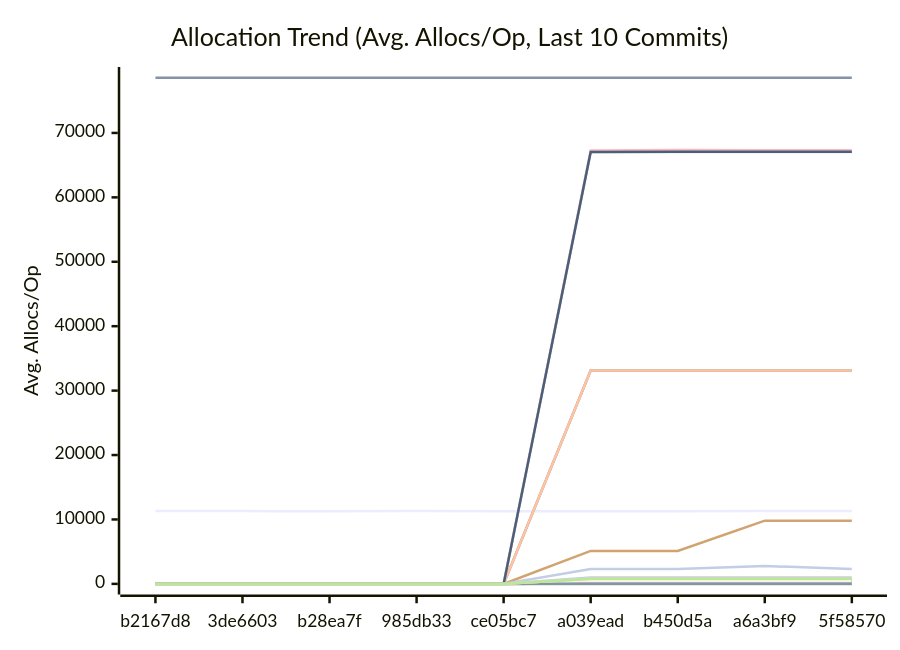
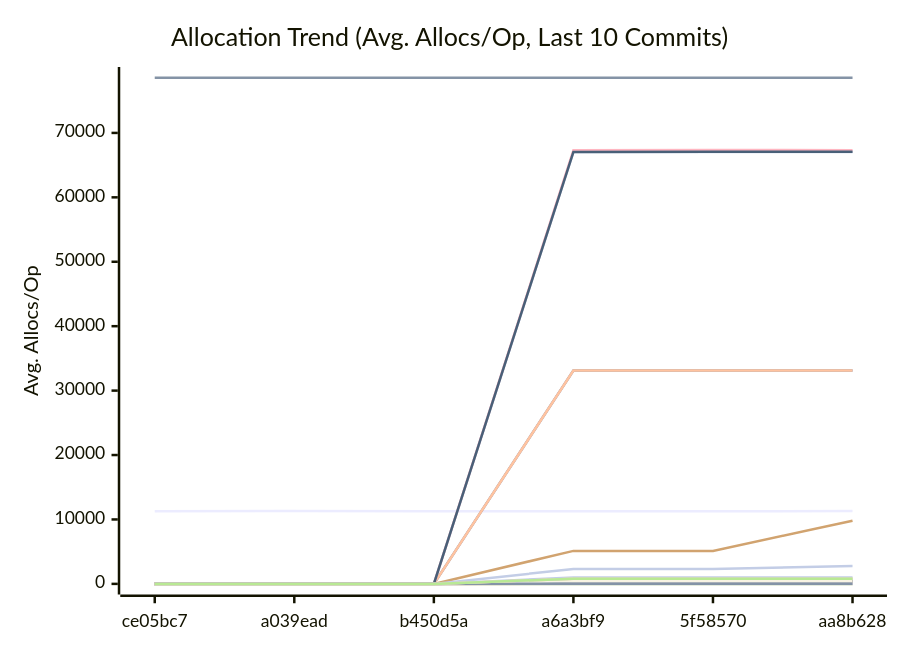
The third of 3 diagrams in docs/PERFORMANCE.md (alsotoes/momo), drawn with Mermaid before and after one commit. The commit also changed other lines of this file and 34 other files, not shown here.

````diff
--- a/docs/PERFORMANCE.md
+++ b/docs/PERFORMANCE.md
@@ -348,42 +348,42 @@
 ```mermaid
 xychart-beta
     title "Allocation Trend (Avg. Allocs/Op, Last 10 Commits)"
     x-axis "Commit"
     y-axis "Avg. Allocs/Op"
-    x-axis [b2167d8,3de6603,b28ea7f,985db33,ce05bc7,a039ead,b450d5a,a6a3bf9,5f58570]
-    line "AWSChunkedReaderSigned" [11296,11294,11282,11296,11273,11277,11286,11294,11299,11270]
-    line "AWSChunkedReaderUnsigned" [78587,78561,78563,78568,78577,78572,78577,78583,78586,78564]
+    x-axis [ce05bc7,a039ead,b450d5a,a6a3bf9,5f58570,aa8b628]
+    line "AWSChunkedReaderSigned" [11282,11296,11273,11277,11286,11294,11299,11270,11296,11298]
+    line "AWSChunkedReaderUnsigned" [78563,78568,78577,78572,78577,78583,78586,78564,78579,78585]
     line "CheckMetricsAndSwap" [0,0,0,0,0,0,0,0,0,0]
     line "CrushOptimized" [0,0,0,0,0,0,0,0,0,0]
     line "CrushOriginal" [3,3,3,3,3,3,3,3,3,3]
-    line "FormatListObjectsV2XML_AppendFormat" [0,0,0,0,0,16,16,16,16,16]
-    line "FormatListObjectsV2XML_OldFormat" [0,0,0,0,0,1000,1000,1000,1000,1000]
-    line "HashBytes/1MiB" [0,0,0,0,0,64,64,64,64,64]
-    line "HashBytes/256MiB" [0,0,0,0,0,64,64,64,64,64]
-    line "HashBytes/64MiB" [0,0,0,0,0,64,64,64,64,64]
-    line "HashFile/1MiB" [0,0,0,0,0,33128,33128,33128,33128,33128]
-    line "HashFile/256MiB" [0,0,0,0,0,33128,33128,33128,33128,33128]
-    line "HashFile/64MiB" [0,0,0,0,0,33128,33128,33128,33128,33128]
+    line "FormatListObjectsV2XML_AppendFormat" [0,0,0,16,16,16,16,16,16,16]
+    line "FormatListObjectsV2XML_OldFormat" [0,0,0,1000,1000,1000,1000,1000,1000,1000]
+    line "HashBytes/1MiB" [0,0,0,64,64,64,64,64,64,64]
+    line "HashBytes/256MiB" [0,0,0,64,64,64,64,64,64,64]
+    line "HashBytes/64MiB" [0,0,0,64,64,64,64,64,64,64]
+    line "HashFile/1MiB" [0,0,0,33128,33128,33128,33128,33128,33112,33128]
+    line "HashFile/256MiB" [0,0,0,33128,33128,33128,33128,33128,33128,33128]
+    line "HashFile/64MiB" [0,0,0,33128,33128,33128,33128,33128,33128,33128]
     line "IndexDirectTracking" [0,0,0,0,0,0,0,0,0,0]
     line "IndexSearch" [0,0,0,0,0,0,0,0,0,0]
-    line "LoadGlobalConfig" [54,54,54,54,54,58,58,58,58,58]
-    line "LocalWrite/1MiB" [0,0,0,0,0,67030,67032,67032,67030,67028]
-    line "LocalWrite/256MiB" [0,0,0,0,0,67292,67348,67326,67317,67268]
-    line "LocalWrite/64MiB" [0,0,0,0,0,67046,67073,67085,67097,67071]
+    line "LoadGlobalConfig" [54,54,54,58,58,58,58,58,58,58]
+    line "LocalWrite/1MiB" [0,0,0,67030,67032,67032,67030,67028,67031,67030]
+    line "LocalWrite/256MiB" [0,0,0,67292,67348,67326,67317,67268,67358,67333]
+    line "LocalWrite/64MiB" [0,0,0,67046,67073,67085,67097,67071,67089,67087]
     line "PadString" [1,1,1,1,1,1,1,1,1,1]
     line "ParseReplicationOrder_NoPrealloc" [6,6,6,6,6,5,5,5,5,5]
     line "ParseReplicationOrder_Prealloc" [2,2,2,2,2,1,1,1,1,1]
-    line "Placement" [0,0,0,0,0,6,6,6,6,6]
-    line "PlacementDomainSpread" [0,0,0,0,0,6,6,6,6,6]
-    line "ReadVerify/1MiB" [0,0,0,0,0,435,464,436,459,457]
-    line "ReadVerify/256MiB" [0,0,0,0,0,5120,5120,9808,9808,5120]
-    line "ReadVerify/64MiB" [0,0,0,0,0,2307,2307,2776,2307,2307]
-    line "S3PutSpool/1MiB" [0,0,0,0,0,447,447,447,447,447]
-    line "S3PutSpool/256MiB" [0,0,0,0,0,448,448,448,448,448]
-    line "S3PutSpool/64MiB" [0,0,0,0,0,448,448,448,448,448]
+    line "Placement" [0,0,0,6,6,6,6,6,6,6]
+    line "PlacementDomainSpread" [0,0,0,6,6,6,6,6,6,6]
+    line "ReadVerify/1MiB" [0,0,0,435,464,436,459,457,458,466]
+    line "ReadVerify/256MiB" [0,0,0,5120,5120,9808,9808,5120,5120,5120]
+    line "ReadVerify/64MiB" [0,0,0,2307,2307,2776,2307,2307,1994,2776]
+    line "S3PutSpool/1MiB" [0,0,0,447,447,447,447,447,448,447]
+    line "S3PutSpool/256MiB" [0,0,0,448,448,448,448,448,448,448]
+    line "S3PutSpool/64MiB" [0,0,0,448,448,448,448,448,448,448]
     line "SanitizeLog/Safe" [0,0,0,0,0,0,0,0,0,0]
     line "SanitizeLog/Unsafe" [1,1,1,1,1,1,1,1,1,1]
-    line "TrustedRead/1MiB" [0,0,0,0,0,800,800,800,800,825]
-    line "TrustedRead/256MiB" [0,0,0,0,0,800,800,800,800,800]
-    line "TrustedRead/64MiB" [0,0,0,0,0,800,800,800,800,800]
+    line "TrustedRead/1MiB" [0,0,0,800,800,800,800,825,800,800]
+    line "TrustedRead/256MiB" [0,0,0,800,800,800,800,800,800,800]
+    line "TrustedRead/64MiB" [0,0,0,800,800,800,800,800,800,800]
 ```
````
